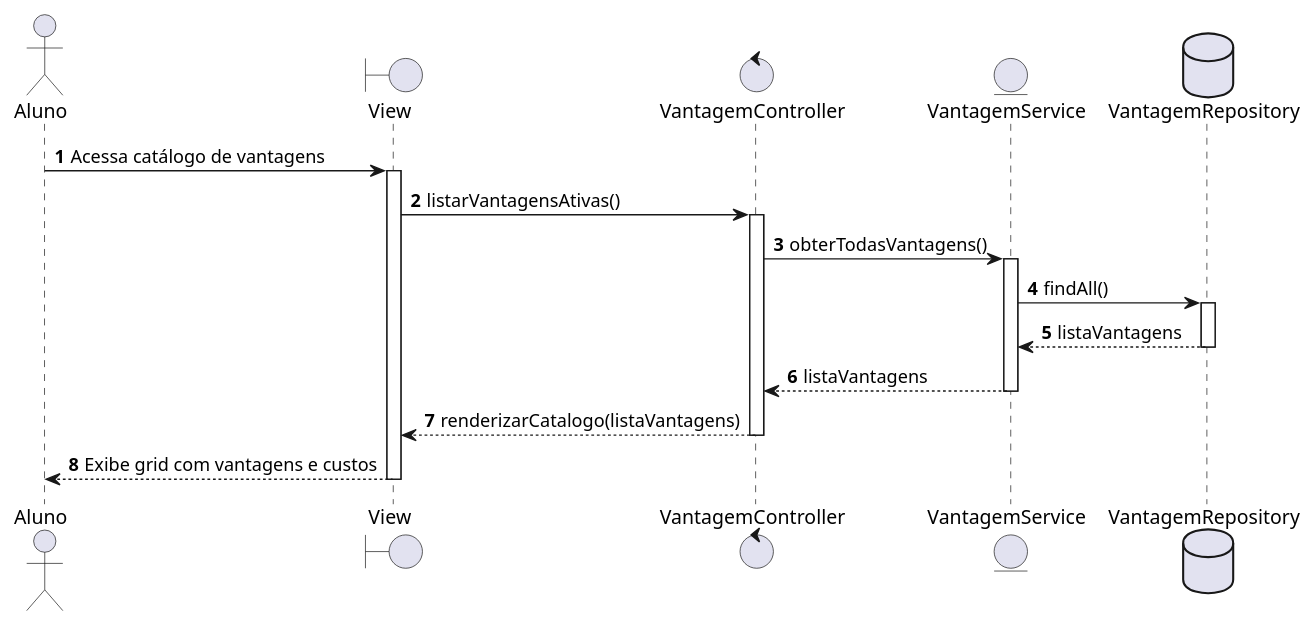
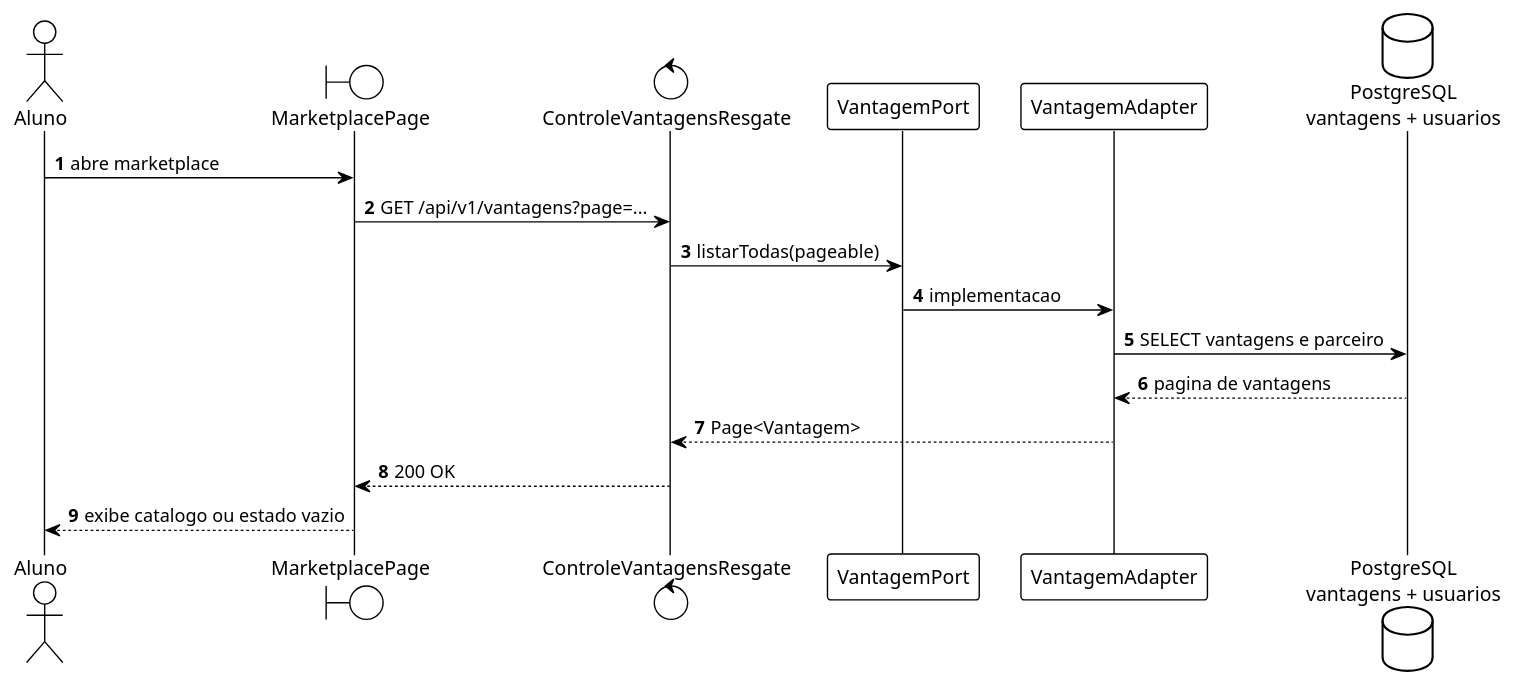
Before and after one commit to LaraCarvalho00/sistema-moeda-estudantil: the diagram in docs/uml/codigos/sequencia_listar_vantagens.puml, drawn with PlantUML. The commit also changed 49 other files, not shown here.

```diff
--- a/docs/uml/codigos/sequencia_listar_vantagens.puml
+++ b/docs/uml/codigos/sequencia_listar_vantagens.puml
@@ -1,29 +1,21 @@
 @startuml
+!theme plain
 autonumber
+
 actor Aluno
-boundary "View" as UI
-control "VantagemController" as Controller
-entity "VantagemService" as Service
-database "VantagemRepository" as DB
+boundary "MarketplacePage" as SPA
+control "ControleVantagensResgate" as REST
+participant "VantagemPort" as PORT
+participant "VantagemAdapter" as ADAPTER
+database "PostgreSQL\nvantagens + usuarios" as DB
 
-Aluno -> UI: Acessa catálogo de vantagens
-activate UI
-UI -> Controller: listarVantagensAtivas()
-activate Controller
-
-Controller -> Service: obterTodasVantagens()
-activate Service
-
-Service -> DB: findAll()
-activate DB
-DB --> Service: listaVantagens
-deactivate DB
-
-Service --> Controller: listaVantagens
-deactivate Service
-
-Controller --> UI: renderizarCatalogo(listaVantagens)
-deactivate Controller
-UI --> Aluno: Exibe grid com vantagens e custos
-deactivate UI
+Aluno -> SPA : abre marketplace
+SPA -> REST : GET /api/v1/vantagens?page=...
+REST -> PORT : listarTodas(pageable)
+PORT -> ADAPTER : implementacao
+ADAPTER -> DB : SELECT vantagens e parceiro
+DB --> ADAPTER : pagina de vantagens
+ADAPTER --> REST : Page<Vantagem>
+REST --> SPA : 200 OK
+SPA --> Aluno : exibe catalogo ou estado vazio
 @enduml
```
